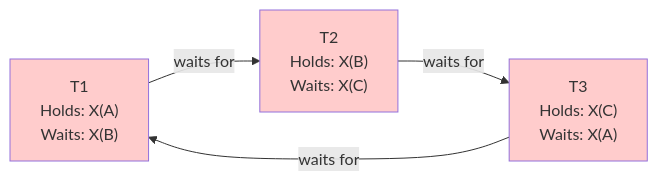
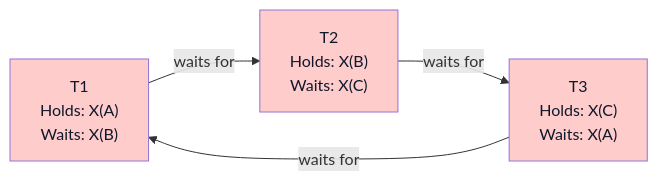
Before and after one commit to blebleblee/synapse: the second of 5 diagrams in topics/computing/data/database_internals/lesson_03_deep_dive_and_concurrency.md, drawn with Mermaid. The commit also changed other lines of this file and 1464 other files, not shown here.

Commit message:
feat(release): curriculum vector mermaid upgrade, render hardening, and master synpack

````diff
--- a/topics/computing/data/database_internals/lesson_03_deep_dive_and_concurrency.md
+++ b/topics/computing/data/database_internals/lesson_03_deep_dive_and_concurrency.md
@@ -152,14 +152,14 @@
 ```mermaid
 graph LR
     T1["T1<br/>Holds: X(A)<br/>Waits: X(B)"]
     T2["T2<br/>Holds: X(B)<br/>Waits: X(C)"]
     T3["T3<br/>Holds: X(C)<br/>Waits: X(A)"]
     
     T1 -->|"waits for"| T2
     T2 -->|"waits for"| T3
     T3 -->|"waits for"| T1
     
-    style T1 fill:#ffcccc
-    style T2 fill:#ffcccc
-    style T3 fill:#ffcccc
+    style T1 fill:#ffcccc,color:#0f172a
+    style T2 fill:#ffcccc,color:#0f172a
+    style T3 fill:#ffcccc,color:#0f172a
 ```
````
